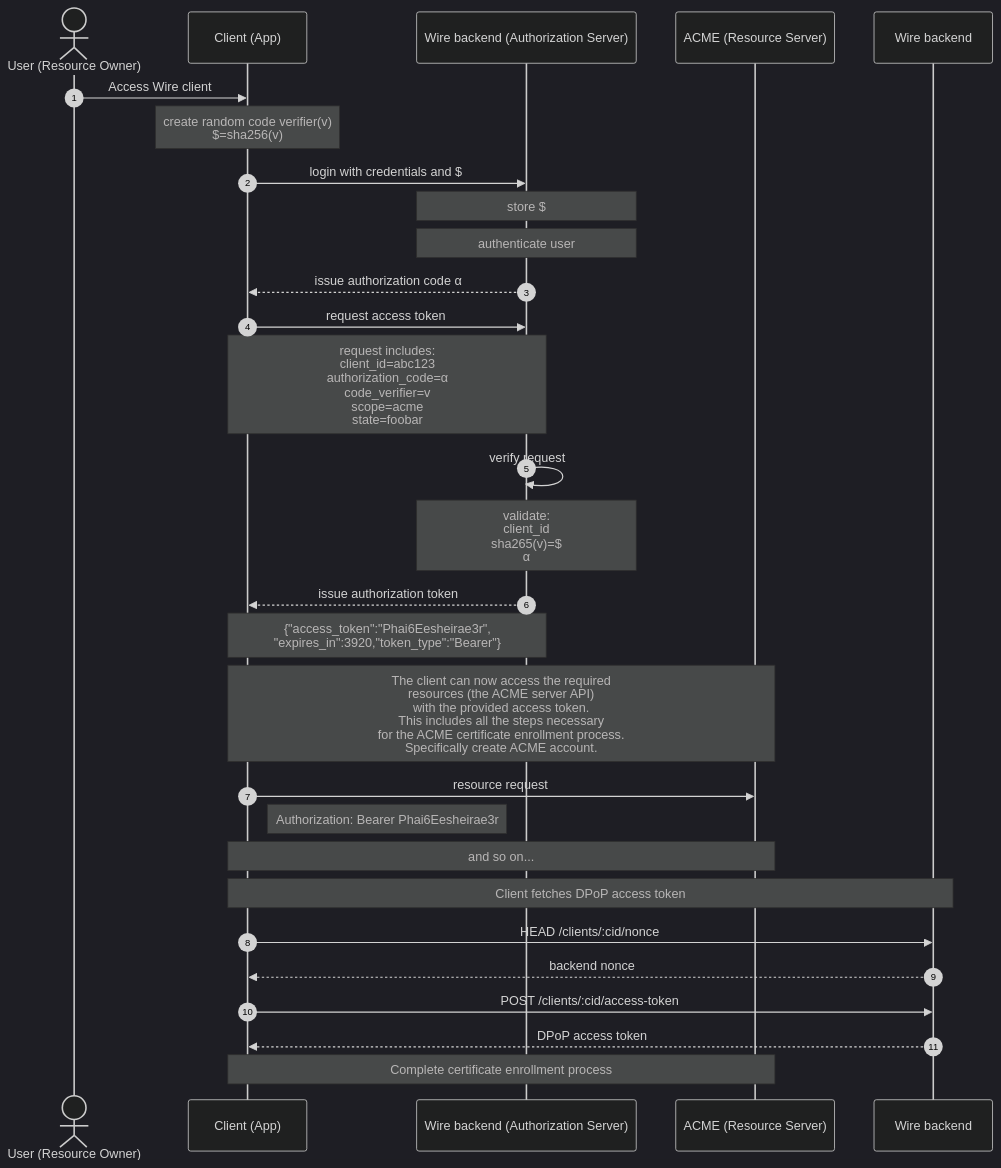
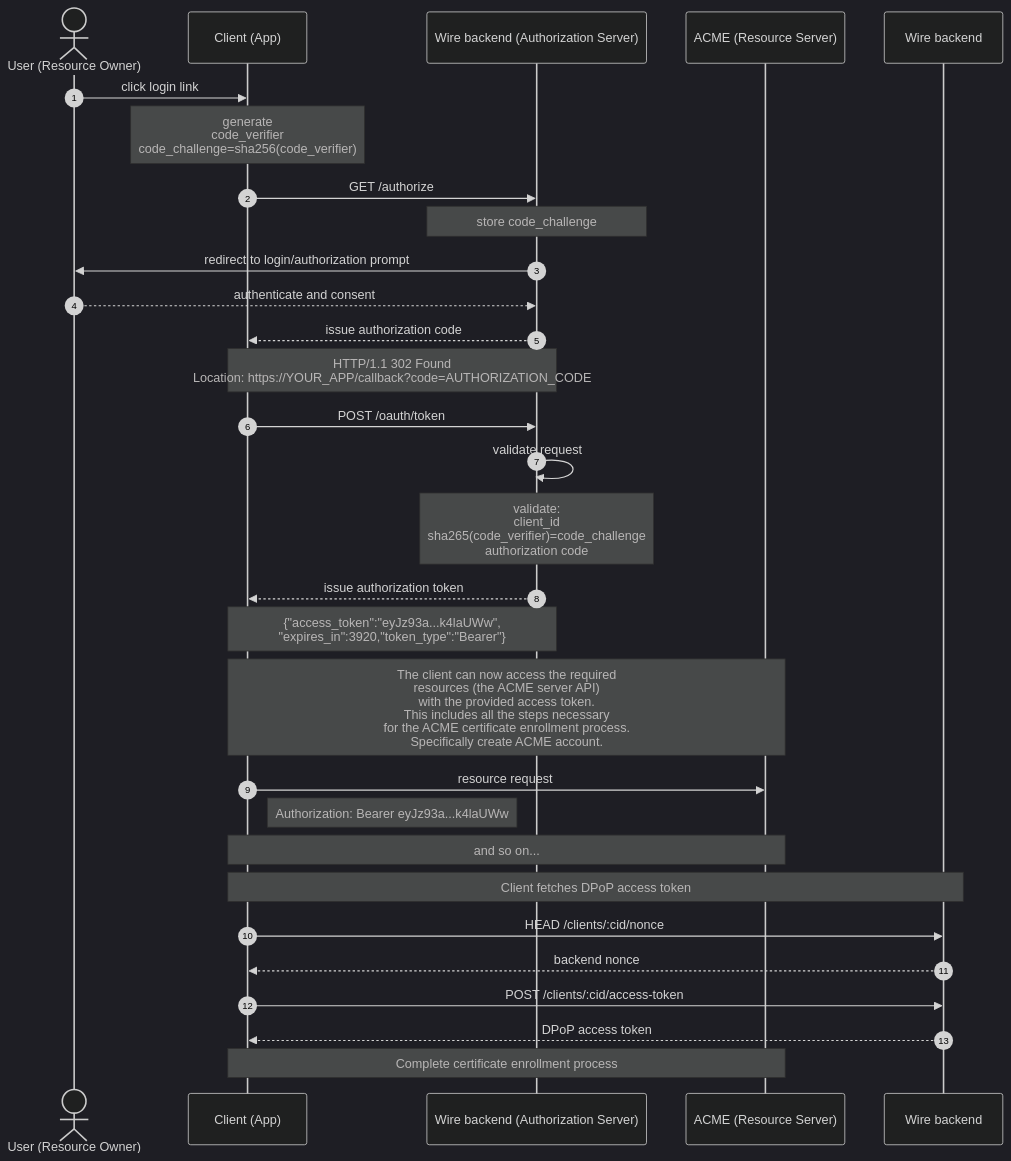
The diagram in libs/oauth-provider/README.md (wireapp/wire-server), drawn with Mermaid (dark theme) before and after one commit.

Commit message:
updated diagram

````diff
--- a/libs/oauth-provider/README.md
+++ b/libs/oauth-provider/README.md
@@ -35,27 +35,28 @@
 ```mermaid
 sequenceDiagram
     autonumber
     actor User (Resource Owner)
-    User (Resource Owner)->>Client (App): Access Wire client
-    note over Client (App): create random code verifier(v)<br/>$=sha256(v)
-    Client (App)->>Wire backend (Authorization Server): login with credentials and $
-    note over Wire backend (Authorization Server): store $
-    note over Wire backend (Authorization Server): authenticate user
-    Wire backend (Authorization Server)-->>Client (App): issue authorization code α
-    Client (App)->>Wire backend (Authorization Server): request access token
-    note over Client (App),Wire backend (Authorization Server): request includes:<br/>client_id=abc123<br/>authorization_code=α<br/>code_verifier=v<br/>scope=acme<br/>state=foobar
-    Wire backend (Authorization Server)->>Wire backend (Authorization Server): verify request
-    note over Wire backend (Authorization Server): validate:<br/>client_id<br/>sha265(v)=$<br/>α
+    User (Resource Owner)->>Client (App): click login link
+    note over Client (App): generate<br/>code_verifier<br/>code_challenge=sha256(code_verifier)
+    Client (App)->>Wire backend (Authorization Server): GET /authorize
+    note over Wire backend (Authorization Server): store code_challenge
+    Wire backend (Authorization Server)->>User (Resource Owner): redirect to login/authorization prompt
+    User (Resource Owner)-->>Wire backend (Authorization Server): authenticate and consent    
+    Wire backend (Authorization Server)-->>Client (App): issue authorization code
+    note over Client (App),Wire backend (Authorization Server): HTTP/1.1 302 Found<br/>Location: https://YOUR_APP/callback?code=AUTHORIZATION_CODE
+    Client (App)->>Wire backend (Authorization Server): POST /oauth/token
+    Wire backend (Authorization Server)->>Wire backend (Authorization Server): validate request
+    note over Wire backend (Authorization Server): validate:<br/>client_id<br/>sha265(code_verifier)=code_challenge<br/>authorization code
     Wire backend (Authorization Server)-->>Client (App): issue authorization token
-    note over Client (App),Wire backend (Authorization Server): {"access_token":"Phai6Eesheirae3r",<br/>"expires_in":3920,"token_type":"Bearer"}
+    note over Client (App),Wire backend (Authorization Server): {"access_token":"eyJz93a...k4laUWw",<br/>"expires_in":3920,"token_type":"Bearer"}
     note over Client (App),ACME (Resource Server): The client can now access the required<br/>resources (the ACME server API)<br/>with the provided access token.<br/>This includes all the steps necessary<br/>for the ACME certificate enrollment process.<br/>Specifically create ACME account.
     Client (App)->>ACME (Resource Server): resource request
-    note right of Client (App): Authorization: Bearer Phai6Eesheirae3r
+    note right of Client (App): Authorization: Bearer eyJz93a...k4laUWw
     note over Client (App),ACME (Resource Server): and so on...
     note over Client (App),Wire backend: Client fetches DPoP access token
     Client (App)->>Wire backend: HEAD /clients/:cid/nonce
     Wire backend-->>Client (App): backend nonce
     Client (App)->>Wire backend: POST /clients/:cid/access-token
     Wire backend-->>Client (App): DPoP access token
     note over Client (App),ACME (Resource Server): Complete certificate enrollment process
 ``` 
````
